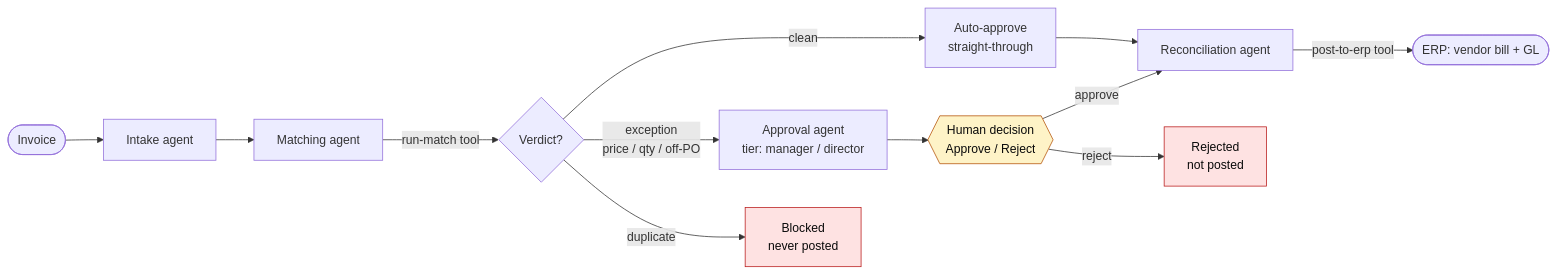
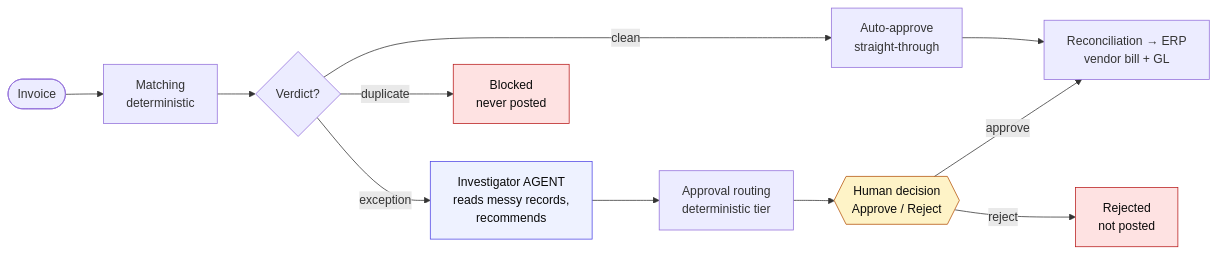
One commit to DylanMerigaud/ledgerloop changed the diagram in README.md. Above: the diagram before and after it, drawn with Mermaid. The commit also changed other lines of this file and 42 other files, not shown here.

First line of the commit message:
Refactor to deterministic pipeline + one exception-investigator agent

````diff
--- a/README.md
+++ b/README.md
@@ -13,21 +15,22 @@
 ```mermaid
 flowchart LR
-    I([Invoice]) --> A1[Intake agent]
-    A1 --> A2[Matching agent]
-    A2 -- "run-match tool" --> V{Verdict?}
+    I([Invoice]) --> M[Matching<br/>deterministic]
+    M --> V{Verdict?}
 
     V -- "clean" --> AUTO[Auto-approve<br/>straight-through]
-    V -- "exception<br/>price / qty / off-PO" --> A3[Approval agent<br/>tier: manager / director]
     V -- "duplicate" --> BLK[Blocked<br/>never posted]
+    V -- "exception" --> INV[Investigator AGENT<br/>reads messy records,<br/>recommends]
 
-    A3 --> H{{Human decision<br/>Approve / Reject}}
-    H -- "approve" --> A4
+    INV --> R[Approval routing<br/>deterministic tier]
+    R --> H{{Human decision<br/>Approve / Reject}}
+    H -- "approve" --> POST
     H -- "reject" --> REJ[Rejected<br/>not posted]
-    AUTO --> A4[Reconciliation agent]
-    A4 -- "post-to-erp tool" --> ERP([ERP: vendor bill + GL])
+    AUTO --> POST[Reconciliation → ERP<br/>vendor bill + GL]
 
+    classDef agent fill:#EEF2FF,stroke:#4F46E5,color:#0A0A0A;
     classDef gate fill:#FEF3C7,stroke:#B45309,color:#0A0A0A;
     classDef stop fill:#FEE2E2,stroke:#B91C1C,color:#0A0A0A;
+    class INV agent;
     class H gate;
     class BLK,REJ stop;
 ```
````
